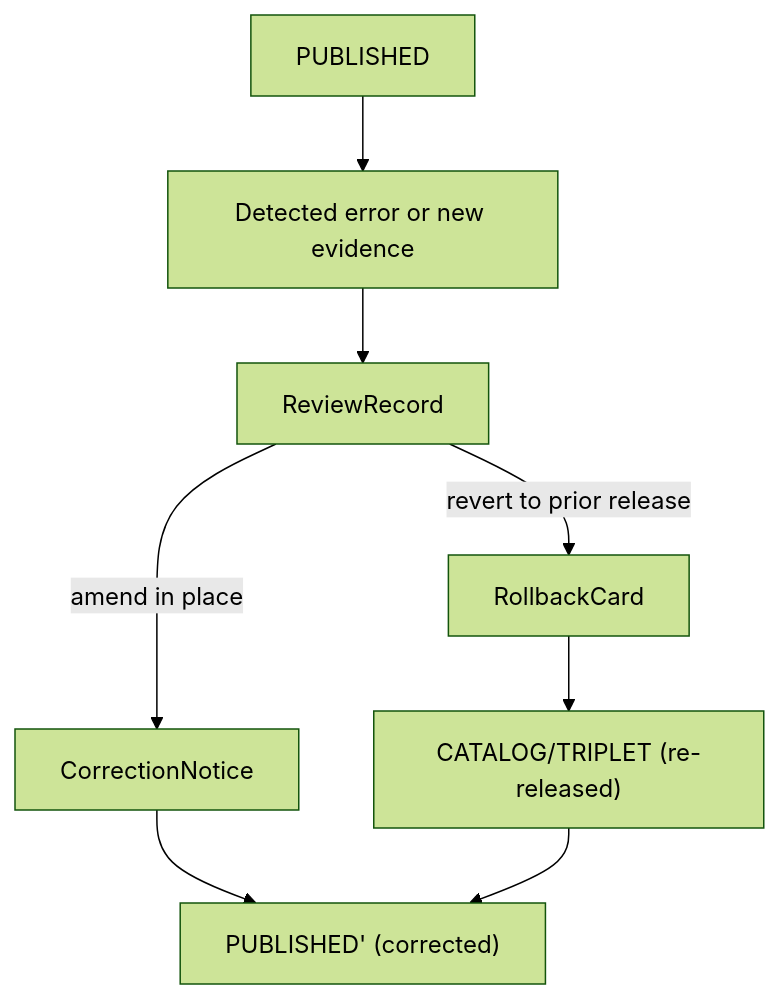
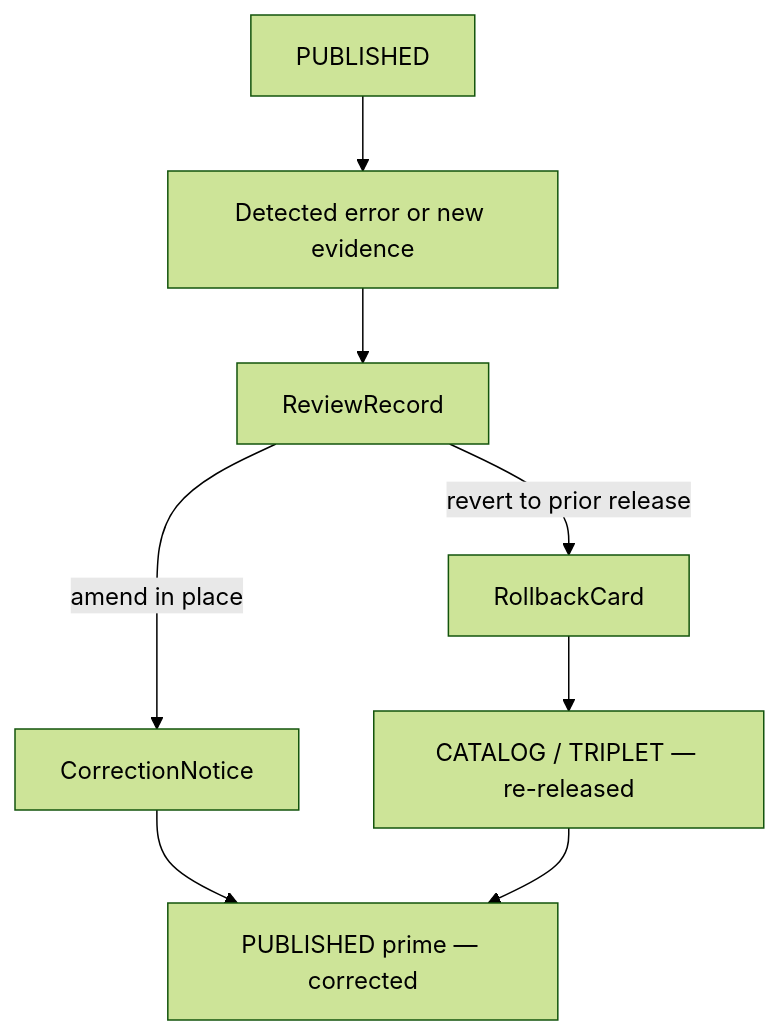
One commit to bartytime4life/Kansas-Frontier-Matrix changed the second of 2 diagrams in docs/domains/people-dna-land/DATA_LIFECYCLE.md. Above: the diagram before and after it, drawn with Mermaid (forest theme). The commit also changed other lines of this file, not shown here.

````diff
--- a/docs/domains/people-dna-land/DATA_LIFECYCLE.md
+++ b/docs/domains/people-dna-land/DATA_LIFECYCLE.md
@@ -408,15 +503,15 @@
 ```mermaid
 flowchart TD
     P[PUBLISHED]
     E[Detected error or new evidence]
     R[ReviewRecord]
     C[CorrectionNotice]
     L[RollbackCard]
     P --> E
     E --> R
     R -->|amend in place| C
     R -->|revert to prior release| L
-    C --> P2["PUBLISHED' (corrected)"]
-    L --> D["CATALOG/TRIPLET (re-released)"]
+    C --> P2["PUBLISHED prime — corrected"]
+    L --> D["CATALOG / TRIPLET — re-released"]
     D --> P2
 ```
````
